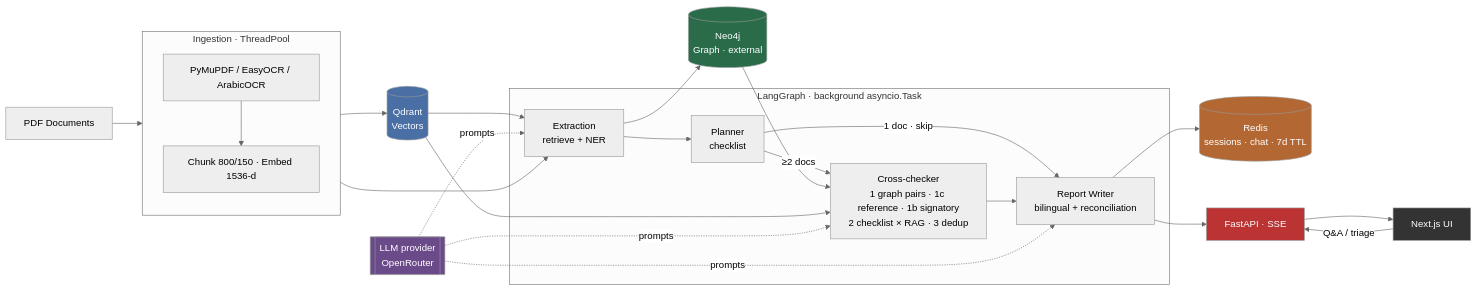
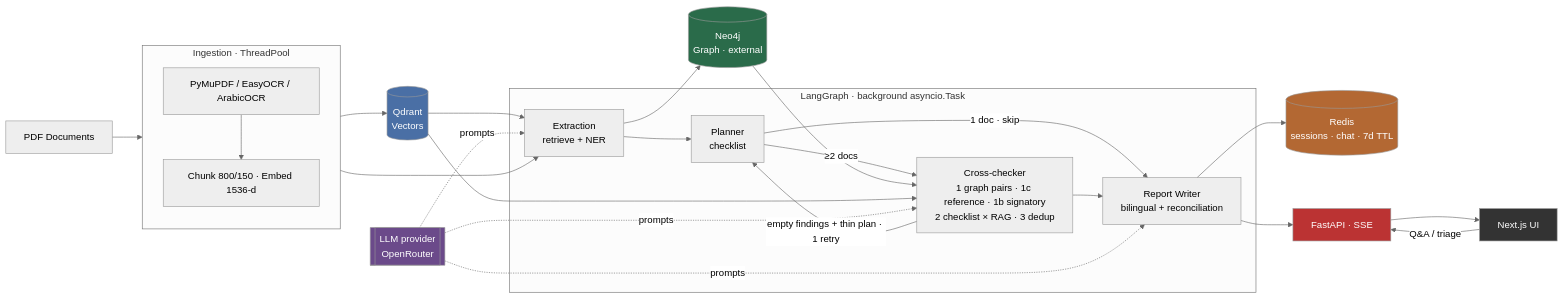
The diagram in README.md (Mostafa-Emad77/AuditMind), drawn with Mermaid (neutral theme) before and after one commit. The commit also changed 5 other files, not shown here.

Commit message:
refactor: implement re-plan logic for cross-checker and enhance audit state management

````diff
--- a/README.md
+++ b/README.md
@@ -30,39 +30,40 @@
 ```mermaid
 flowchart LR
     PDFs[PDF Documents] --> Ingestion
 
     subgraph Ingestion[Ingestion · ThreadPool]
         OCR[PyMuPDF / EasyOCR / ArabicOCR] --> ChunkEmbed[Chunk 800/150 · Embed 1536-d]
     end
 
     Ingestion --> Qdrant[(Qdrant\nVectors)]
     Ingestion --> Extraction
 
     subgraph Pipeline[LangGraph · background asyncio.Task]
         Extraction[Extraction\nretrieve + NER] --> Planner[Planner\nchecklist]
         Planner -->|≥2 docs| CrossChecker[Cross-checker\n1 graph pairs · 1c reference · 1b signatory\n2 checklist × RAG · 3 dedup]
         Planner -->|1 doc · skip| ReportWriter[Report Writer\nbilingual + reconciliation]
         CrossChecker --> ReportWriter
+        CrossChecker -->|empty findings + thin plan · 1 retry| Planner
     end
 
     Qdrant --> Extraction
     Extraction --> Neo4j[(Neo4j\nGraph · external)]
     Neo4j --> CrossChecker
     Qdrant --> CrossChecker
 
     ReportWriter --> Redis[(Redis\nsessions · chat · 7d TTL)]
     ReportWriter --> FastAPI[FastAPI · SSE]
     FastAPI --> NextUI[Next.js UI]
     NextUI -->|Q&A / triage| FastAPI
 
     LLM[[LLM provider\nOpenRouter]] -. prompts .-> Extraction
     LLM -. prompts .-> CrossChecker
     LLM -. prompts .-> ReportWriter
 
     style Qdrant fill:#4a6fa5,color:#fff
     style Neo4j fill:#2a6b4a,color:#fff
     style Redis fill:#b36833,color:#fff
     style LLM fill:#6b4a8a,color:#fff
     style FastAPI fill:#b33,color:#fff
     style NextUI fill:#333,color:#fff
 ```
````
